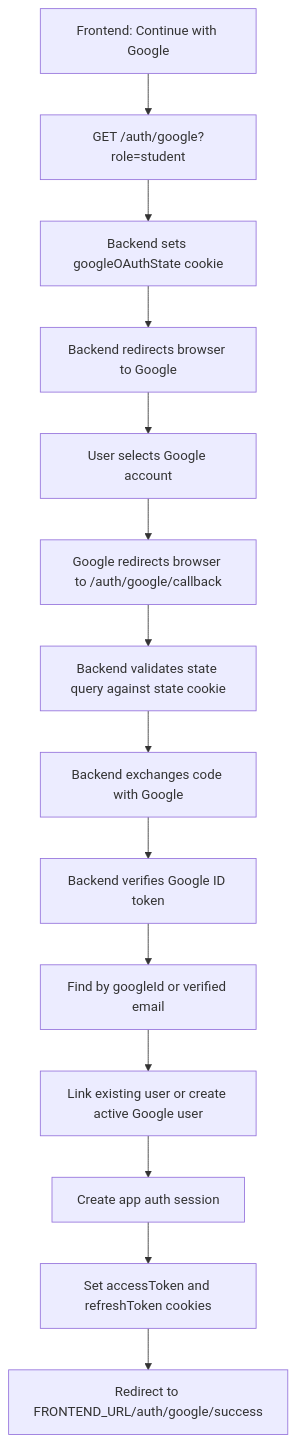
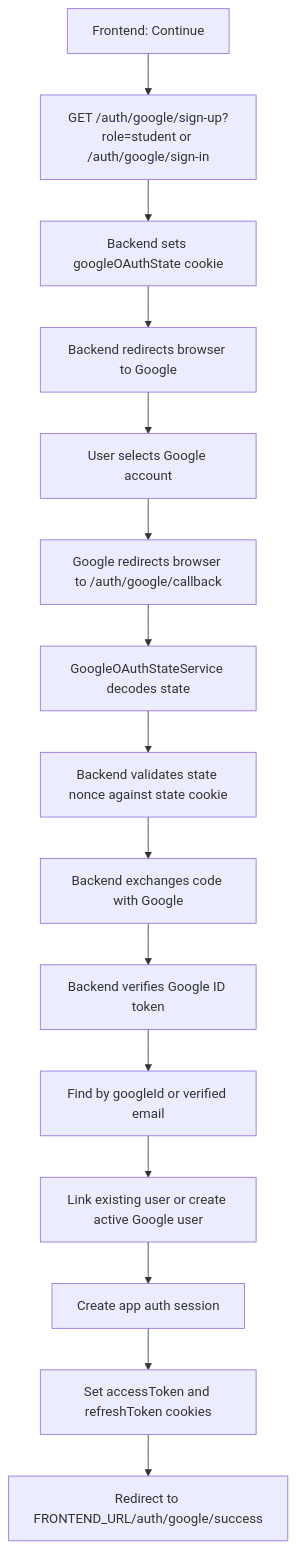
The diagram in back/docs/auth/google-oauth-flow.md (KaterynaKocheharova/Practice-app), drawn with Mermaid before and after one commit. The commit also changed other lines of this file and 45 other files, not shown here.

Commit message:
implement google o-auth

````diff
--- a/back/docs/auth/google-oauth-flow.md
+++ b/back/docs/auth/google-oauth-flow.md
@@ -83,16 +90,17 @@
 ```mermaid
 flowchart TD
-  Button["Frontend: Continue with Google"] --> Start["GET /auth/google?role=student"]
+  Button["Frontend: Continue"] --> Start["GET /auth/google/sign-up?role=student or /auth/google/sign-in"]
   Start --> StateCookie["Backend sets googleOAuthState cookie"]
   StateCookie --> Google["Backend redirects browser to Google"]
   Google --> Consent["User selects Google account"]
   Consent --> Callback["Google redirects browser to /auth/google/callback"]
-  Callback --> StateCheck["Backend validates state query against state cookie"]
+  Callback --> StateFacade["GoogleOAuthStateService decodes state"]
+  StateFacade --> StateCheck["Backend validates state nonce against state cookie"]
   StateCheck --> TokenExchange["Backend exchanges code with Google"]
   TokenExchange --> IdToken["Backend verifies Google ID token"]
   IdToken --> User["Find by googleId or verified email"]
   User --> LinkOrCreate["Link existing user or create active Google user"]
   LinkOrCreate --> Session["Create app auth session"]
   Session --> Cookies["Set accessToken and refreshToken cookies"]
   Cookies --> Redirect["Redirect to FRONTEND_URL/auth/google/success"]
 ```
````
